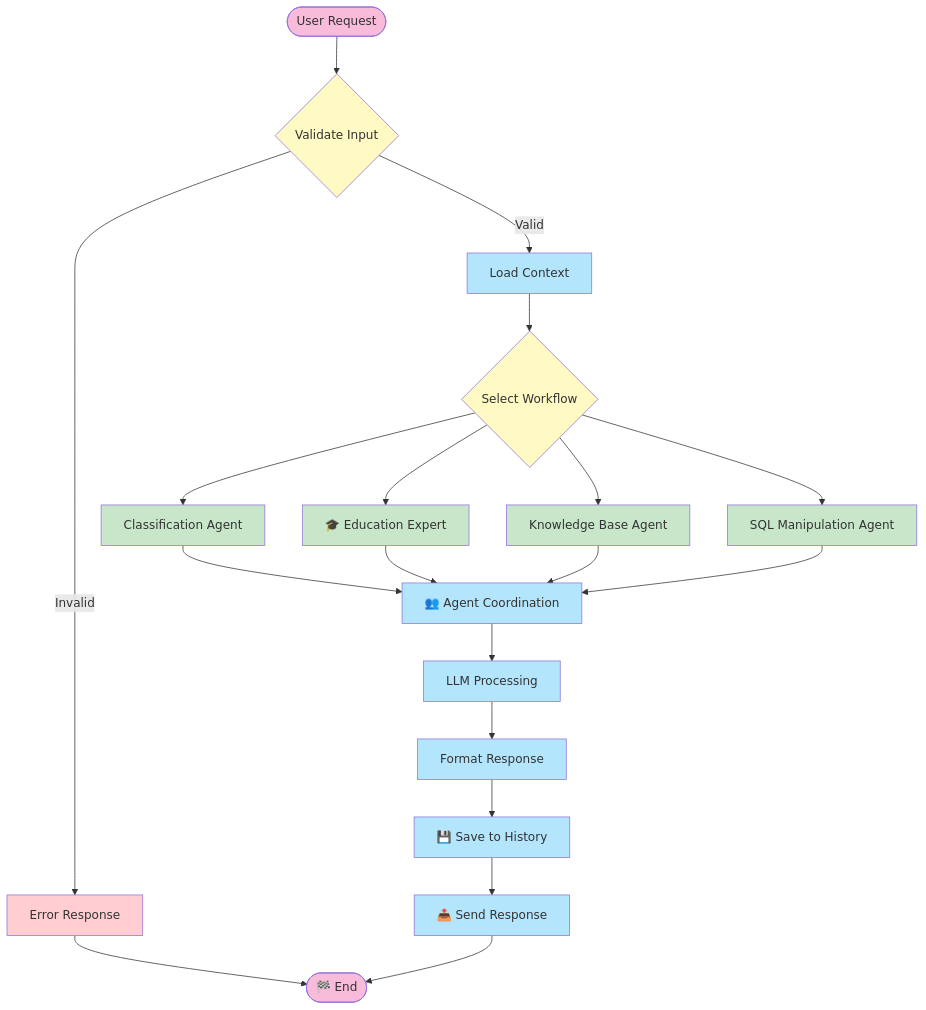
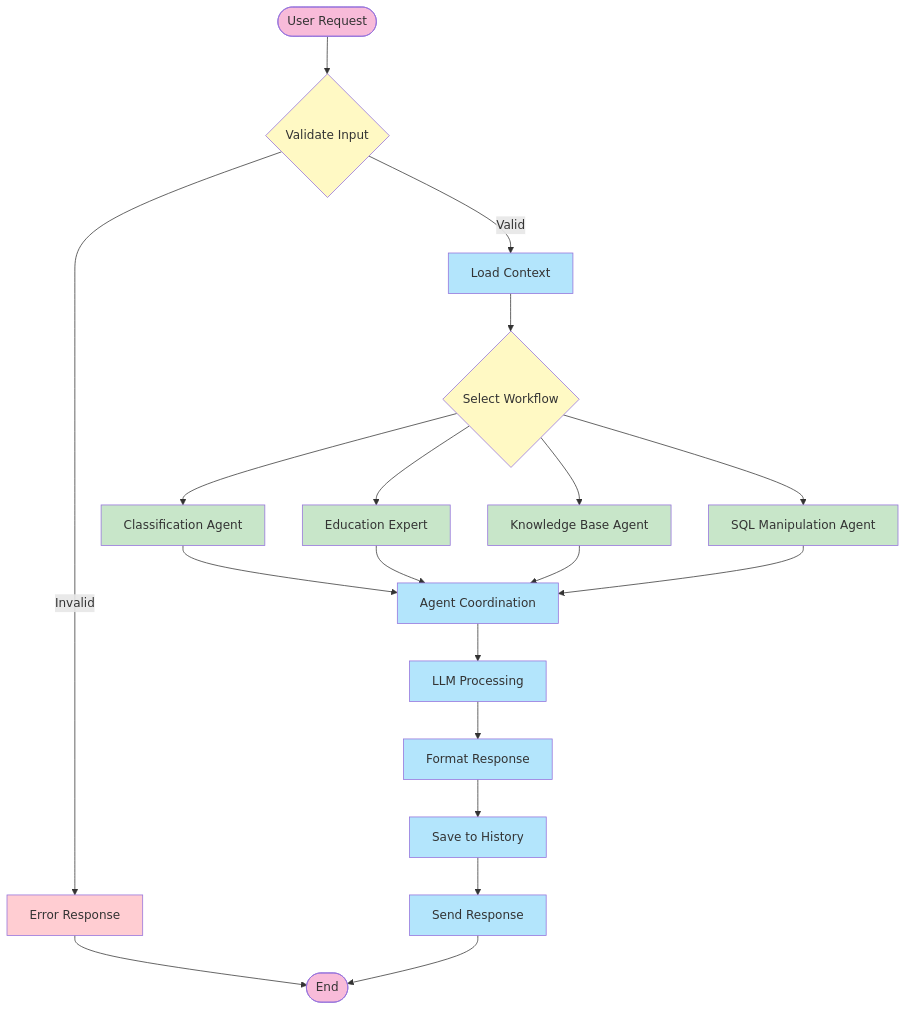
The sixth of 13 diagrams in docs/architecture/README.md (the-ingenious-dark-knight/Insight_Ingenious), drawn with Mermaid before and after one commit. The commit also changed other lines of this file and 17 other files, not shown here.

````diff
--- a/docs/architecture/README.md
+++ b/docs/architecture/README.md
@@ -321,37 +321,37 @@
 ```mermaid
 flowchart TD
-    START([ User Request]) --> INPUT_VALIDATION{ Validate Input}
-    INPUT_VALIDATION -->| Valid| LOAD_CONTEXT[ Load Context]
-    INPUT_VALIDATION -->| Invalid| ERROR_RESPONSE[ Error Response]
+    START([User Request]) --> INPUT_VALIDATION{Validate Input}
+    INPUT_VALIDATION -->|Valid| LOAD_CONTEXT[Load Context]
+    INPUT_VALIDATION -->|Invalid| ERROR_RESPONSE[Error Response]
 
-    LOAD_CONTEXT --> SELECT_WORKFLOW{ Select Workflow}
-    SELECT_WORKFLOW --> CLASSIFICATION_WORKFLOW[ Classification Agent]
-    SELECT_WORKFLOW --> EDUCATION_WORKFLOW[🎓 Education Expert]
-    SELECT_WORKFLOW --> KNOWLEDGE_WORKFLOW[ Knowledge Base Agent]
-    SELECT_WORKFLOW --> SQL_WORKFLOW[ SQL Manipulation Agent]
+    LOAD_CONTEXT --> SELECT_WORKFLOW{Select Workflow}
+    SELECT_WORKFLOW --> CLASSIFICATION_WORKFLOW[Classification Agent]
+    SELECT_WORKFLOW --> EDUCATION_WORKFLOW[Education Expert]
+    SELECT_WORKFLOW --> KNOWLEDGE_WORKFLOW[Knowledge Base Agent]
+    SELECT_WORKFLOW --> SQL_WORKFLOW[SQL Manipulation Agent]
 
-    CLASSIFICATION_WORKFLOW --> AGENT_COORDINATION[👥 Agent Coordination]
+    CLASSIFICATION_WORKFLOW --> AGENT_COORDINATION[Agent Coordination]
     EDUCATION_WORKFLOW --> AGENT_COORDINATION
     KNOWLEDGE_WORKFLOW --> AGENT_COORDINATION
     SQL_WORKFLOW --> AGENT_COORDINATION
 
-    AGENT_COORDINATION --> LLM_PROCESSING[ LLM Processing]
-    LLM_PROCESSING --> RESPONSE_FORMATTING[ Format Response]
-    RESPONSE_FORMATTING --> SAVE_HISTORY[💾 Save to History]
-    SAVE_HISTORY --> SEND_RESPONSE[📤 Send Response]
+    AGENT_COORDINATION --> LLM_PROCESSING[LLM Processing]
+    LLM_PROCESSING --> RESPONSE_FORMATTING[Format Response]
+    RESPONSE_FORMATTING --> SAVE_HISTORY[Save to History]
+    SAVE_HISTORY --> SEND_RESPONSE[Send Response]
 
-    ERROR_RESPONSE --> END([🏁 End])
+    ERROR_RESPONSE --> END([End])
     SEND_RESPONSE --> END
 
     classDef startEnd fill:#f8bbd9
     classDef process fill:#b3e5fc
     classDef decision fill:#fff9c4
     classDef workflow fill:#c8e6c9
     classDef error fill:#ffcdd2
 
     class START,END startEnd
     class LOAD_CONTEXT,AGENT_COORDINATION,LLM_PROCESSING,RESPONSE_FORMATTING,SAVE_HISTORY,SEND_RESPONSE process
     class INPUT_VALIDATION,SELECT_WORKFLOW decision
     class CLASSIFICATION_WORKFLOW,EDUCATION_WORKFLOW,KNOWLEDGE_WORKFLOW,SQL_WORKFLOW workflow
     class ERROR_RESPONSE error
 ```
````
